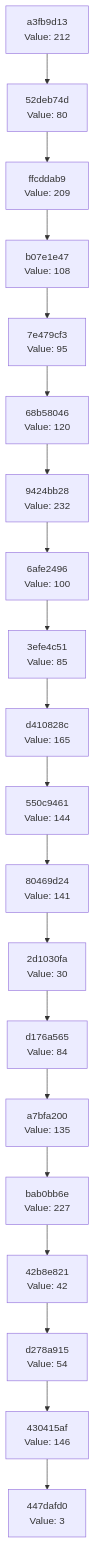
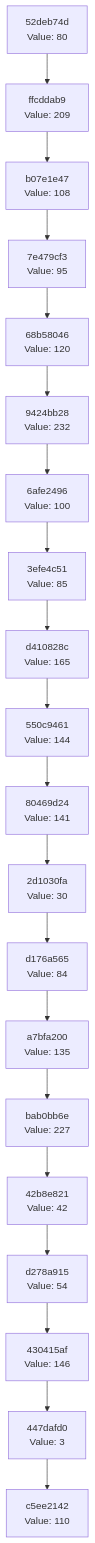
One commit to Abhisheksinha1506/hash-chain-evolver changed the diagram in docs/CHAIN_VISUALIZATION.md. Above: the diagram before and after it, drawn with Mermaid. The commit also changed 3 other files, not shown here.

````diff
--- a/docs/CHAIN_VISUALIZATION.md
+++ b/docs/CHAIN_VISUALIZATION.md
@@ -3,42 +3,42 @@
 ```mermaid
 graph TD
-    C0["447dafd0<br/>Value: 3"]
-    C1["430415af<br/>Value: 146"]
+    C0["c5ee2142<br/>Value: 110"]
+    C1["447dafd0<br/>Value: 3"]
     C1 --> C0
-    C2["d278a915<br/>Value: 54"]
+    C2["430415af<br/>Value: 146"]
     C2 --> C1
-    C3["42b8e821<br/>Value: 42"]
+    C3["d278a915<br/>Value: 54"]
     C3 --> C2
-    C4["bab0bb6e<br/>Value: 227"]
+    C4["42b8e821<br/>Value: 42"]
     C4 --> C3
-    C5["a7bfa200<br/>Value: 135"]
+    C5["bab0bb6e<br/>Value: 227"]
     C5 --> C4
-    C6["d176a565<br/>Value: 84"]
+    C6["a7bfa200<br/>Value: 135"]
     C6 --> C5
-    C7["2d1030fa<br/>Value: 30"]
+    C7["d176a565<br/>Value: 84"]
     C7 --> C6
-    C8["80469d24<br/>Value: 141"]
+    C8["2d1030fa<br/>Value: 30"]
     C8 --> C7
-    C9["550c9461<br/>Value: 144"]
+    C9["80469d24<br/>Value: 141"]
     C9 --> C8
-    C10["d410828c<br/>Value: 165"]
+    C10["550c9461<br/>Value: 144"]
     C10 --> C9
-    C11["3efe4c51<br/>Value: 85"]
+    C11["d410828c<br/>Value: 165"]
     C11 --> C10
-    C12["6afe2496<br/>Value: 100"]
+    C12["3efe4c51<br/>Value: 85"]
     C12 --> C11
-    C13["9424bb28<br/>Value: 232"]
+    C13["6afe2496<br/>Value: 100"]
     C13 --> C12
-    C14["68b58046<br/>Value: 120"]
+    C14["9424bb28<br/>Value: 232"]
     C14 --> C13
-    C15["7e479cf3<br/>Value: 95"]
+    C15["68b58046<br/>Value: 120"]
     C15 --> C14
-    C16["b07e1e47<br/>Value: 108"]
+    C16["7e479cf3<br/>Value: 95"]
     C16 --> C15
-    C17["ffcddab9<br/>Value: 209"]
+    C17["b07e1e47<br/>Value: 108"]
     C17 --> C16
-    C18["52deb74d<br/>Value: 80"]
+    C18["ffcddab9<br/>Value: 209"]
     C18 --> C17
-    C19["a3fb9d13<br/>Value: 212"]
+    C19["52deb74d<br/>Value: 80"]
     C19 --> C18
 ```
````
